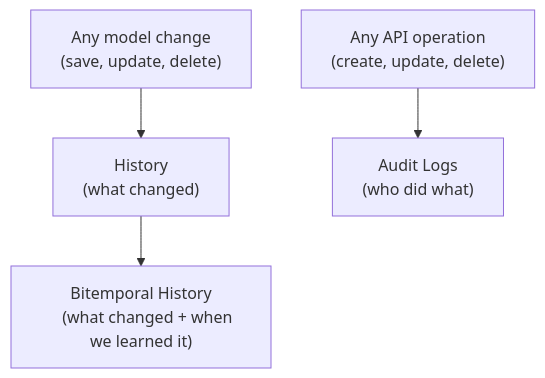
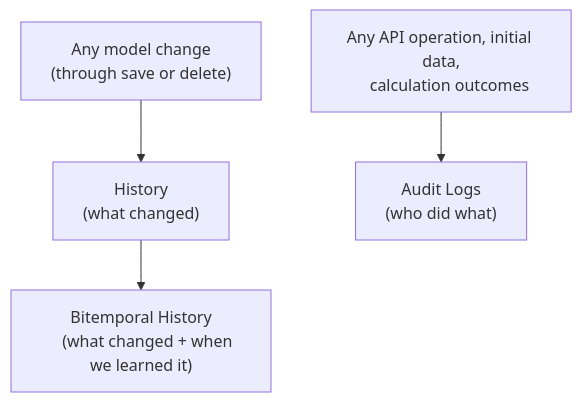
One commit to ExcellenceCloudGmbH/lex-app-docs changed the diagram in content/history-and-audit/index.md. Above: the diagram before and after it, drawn with Mermaid. The commit also changed other lines of this file and 13 other files, not shown here.

First line of the commit message:
docs(model-your-data, history-and-audit): structure, serializers, history and audit as 2.5.0 has them

````diff
--- a/content/history-and-audit/index.md
+++ b/content/history-and-audit/index.md
@@ -9,11 +9,11 @@
 ```mermaid
 flowchart TB
     A["Any model change
-    (save, update, delete)"] --> B["History
+    (through save or delete)"] --> B["History
     (what changed)"]
     B --> C["Bitemporal History
     (what changed + when we learned it)"]
-    D["Any API operation
-    (create, update, delete)"] --> E["Audit Logs
+    D["Any API operation, initial data,
+    calculation outcomes"] --> E["Audit Logs
     (who did what)"]
 ```
````
